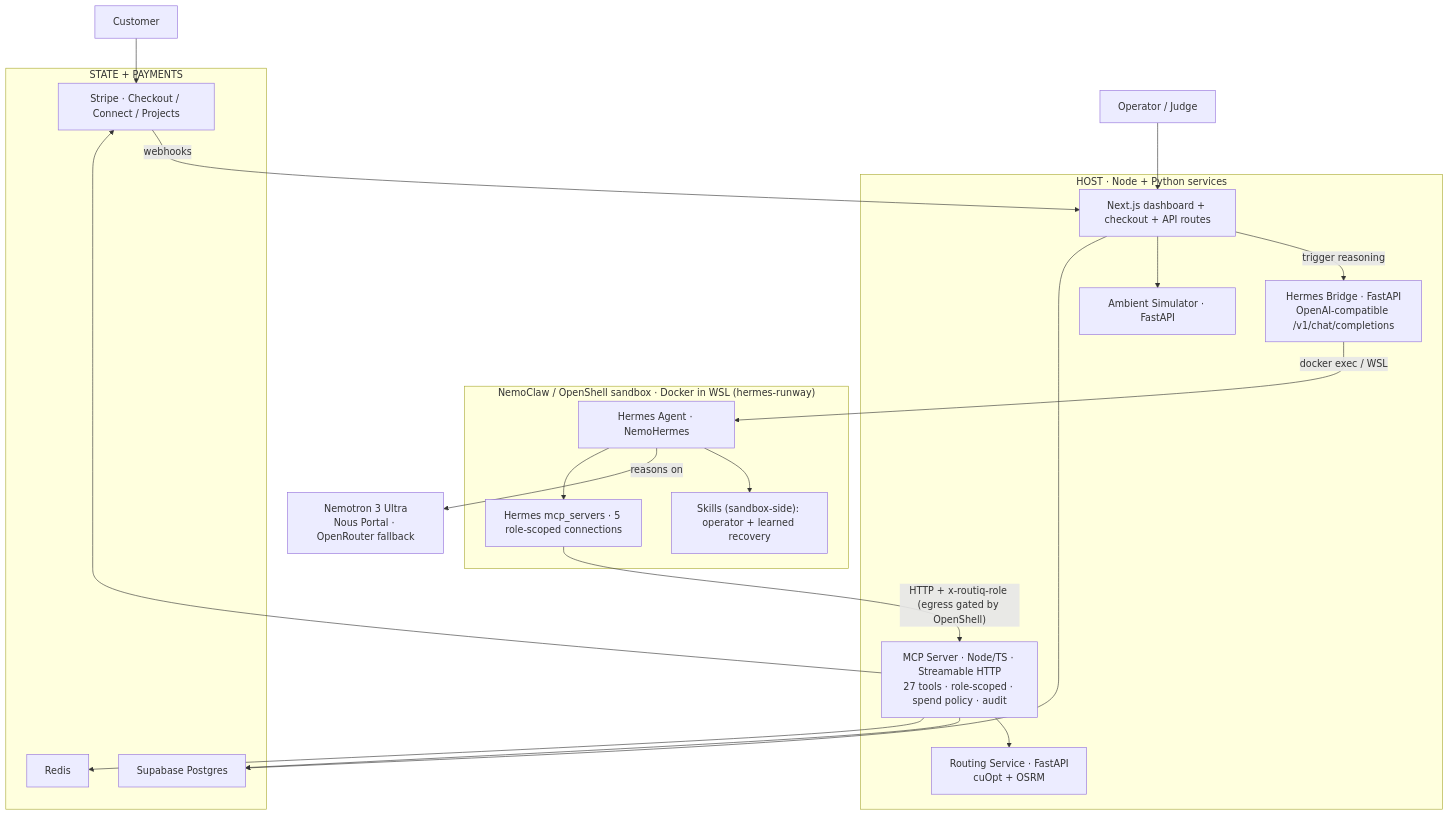
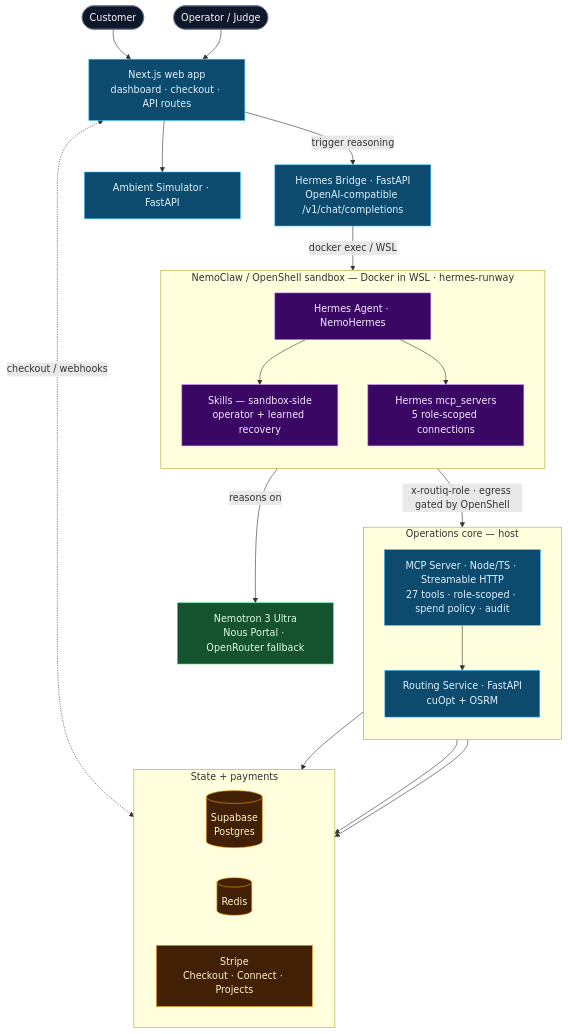
One commit to Snehal707/HermesRoutiq changed the diagram in ARCHITECTURE.md. Above: the diagram before and after it, drawn with Mermaid. The commit also changed 1 other file, not shown here.

Commit message:
docs: cleaner mermaid architecture diagram (grouped subgraphs, color-coded, clear spine)

````diff
--- a/ARCHITECTURE.md
+++ b/ARCHITECTURE.md
@@ -8,46 +8,58 @@
 ```mermaid
-flowchart TB
-  customer["Customer"]
-  operator["Operator / Judge"]
+flowchart TD
+  customer(["Customer"])
+  operator(["Operator / Judge"])
 
-  subgraph host["HOST · Node + Python services"]
-    web["Next.js dashboard + checkout + API routes"]
-    bridge["Hermes Bridge · FastAPI<br/>OpenAI-compatible /v1/chat/completions"]
-    mcp["MCP Server · Node/TS · Streamable HTTP<br/>27 tools · role-scoped · spend policy · audit"]
-    routing["Routing Service · FastAPI<br/>cuOpt + OSRM"]
-    simulator["Ambient Simulator · FastAPI"]
-  end
+  web["Next.js web app<br/>dashboard · checkout · API routes"]
+  bridge["Hermes Bridge · FastAPI<br/>OpenAI-compatible /v1/chat/completions"]
+  simulator["Ambient Simulator · FastAPI"]
 
-  subgraph runtime["NemoClaw / OpenShell sandbox · Docker in WSL (hermes-runway)"]
+  subgraph runtime["NemoClaw / OpenShell sandbox — Docker in WSL · hermes-runway"]
+    direction TB
     hermes["Hermes Agent · NemoHermes"]
-    skills["Skills (sandbox-side): operator + learned recovery"]
-    mcpcfg["Hermes mcp_servers · 5 role-scoped connections"]
+    skills["Skills — sandbox-side<br/>operator + learned recovery"]
+    mcpcfg["Hermes mcp_servers<br/>5 role-scoped connections"]
+    hermes --> skills
+    hermes --> mcpcfg
   end
 
   model["Nemotron 3 Ultra<br/>Nous Portal · OpenRouter fallback"]
 
-  subgraph data["STATE + PAYMENTS"]
-    postgres["Supabase Postgres"]
-    redis["Redis"]
-    stripe["Stripe · Checkout / Connect / Projects"]
+  subgraph core["Operations core — host"]
+    direction TB
+    mcp["MCP Server · Node/TS · Streamable HTTP<br/>27 tools · role-scoped · spend policy · audit"]
+    routing["Routing Service · FastAPI<br/>cuOpt + OSRM"]
+    mcp --> routing
   end
 
-  customer --> stripe
+  subgraph data["State + payments"]
+    direction LR
+    postgres[("Supabase<br/>Postgres")]
+    redis[("Redis")]
+    stripe["Stripe<br/>Checkout · Connect · Projects"]
+  end
+
+  customer --> web
   operator --> web
-  stripe -->|webhooks| web
-
+  web --> simulator
   web -->|trigger reasoning| bridge
   bridge -->|docker exec / WSL| hermes
-  hermes --> skills
   hermes -->|reasons on| model
-  hermes --> mcpcfg
-  mcpcfg -->|"HTTP + x-routiq-role (egress gated by OpenShell)"| mcp
-
-  web --> simulator
-  web --> postgres
-
-  mcp --> routing
+  mcpcfg -->|"x-routiq-role · egress gated by OpenShell"| mcp
+  web <-. "checkout / webhooks" .-> stripe
   mcp --> postgres
   mcp --> redis
   mcp --> stripe
+
+  classDef user fill:#0f172a,stroke:#64748b,color:#f8fafc;
+  classDef app fill:#0c4a6e,stroke:#38bdf8,color:#e0f2fe;
+  classDef agent fill:#3b0764,stroke:#c084fc,color:#f5e8ff;
+  classDef model fill:#14532d,stroke:#4ade80,color:#dcfce7;
+  classDef store fill:#422006,stroke:#f59e0b,color:#fef3c7;
+
+  class customer,operator user;
+  class web,bridge,simulator,mcp,routing app;
+  class hermes,skills,mcpcfg agent;
+  class model model;
+  class postgres,redis,stripe store;
 ```
````
